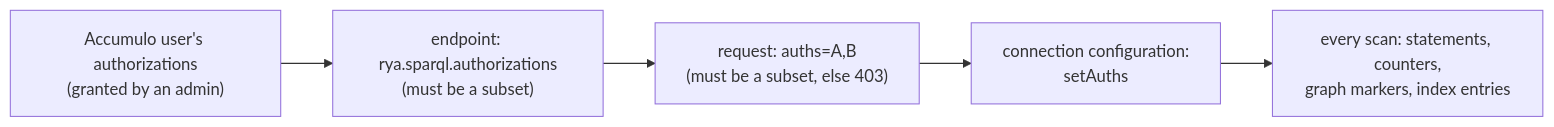
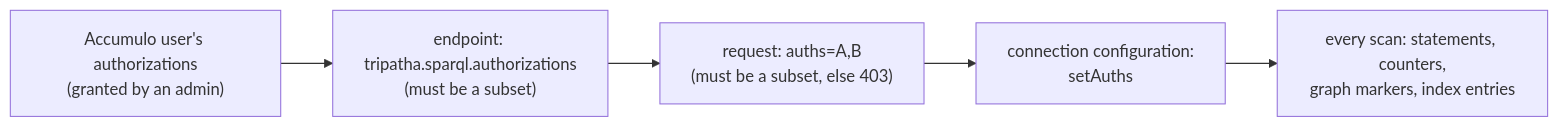
One commit to dgreco/rya-ng changed diagram 17 of 21 in ARCH.md. Above: the diagram before and after it, drawn with Mermaid. The commit also changed other lines of this file and 747 other files, not shown here.

````diff
--- a/ARCH.md
+++ b/ARCH.md
@@ -1357,7 +1357,7 @@
 ```mermaid
 flowchart LR
-    user["Accumulo user's authorizations<br/>(granted by an admin)"] --> cfg["endpoint: rya.sparql.authorizations<br/>(must be a subset)"]
+    user["Accumulo user's authorizations<br/>(granted by an admin)"] --> cfg["endpoint: tripatha.sparql.authorizations<br/>(must be a subset)"]
     cfg --> req["request: auths=A,B<br/>(must be a subset, else 403)"]
     req --> conn["connection configuration:<br/>setAuths"]
     conn --> scans["every scan: statements, counters,<br/>graph markers, index entries"]
 ```
````
